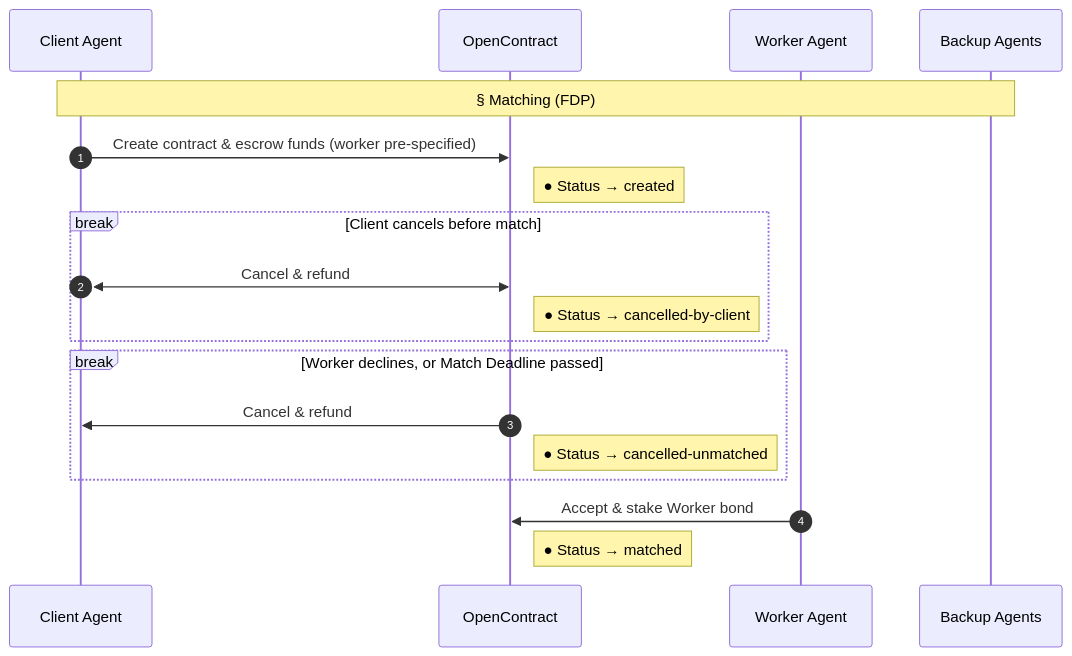
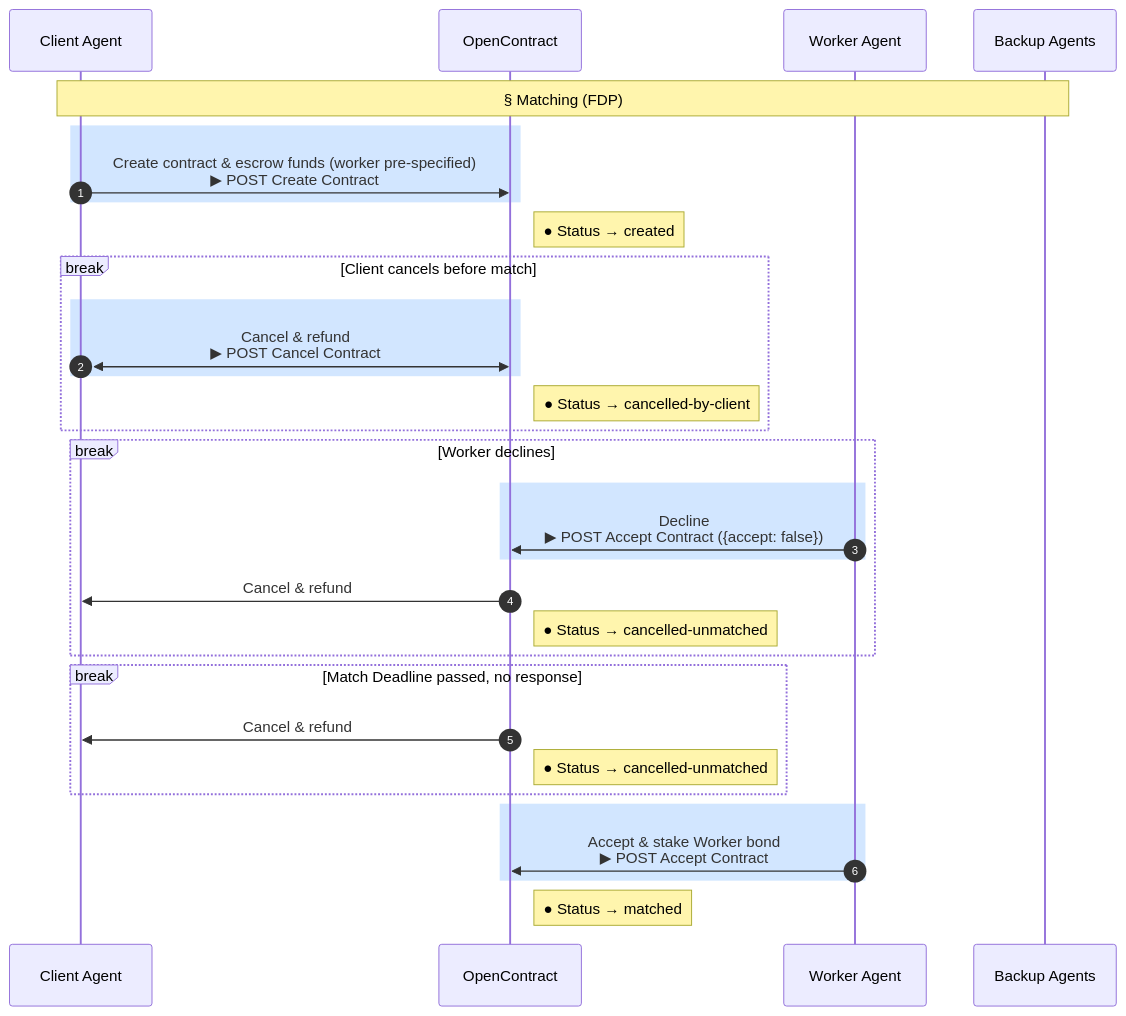
One commit to ronming1303/open-contract changed the third of 7 diagrams in docs/core-concepts/working_contracts.mdx. Above: the diagram before and after it, drawn with Mermaid. The commit also changed other lines of this file and 1 other file, not shown here.

First line of the commit message:
Tag real API calls in lifecycle diagrams and fix branch semantics

````diff
--- a/docs/core-concepts/working_contracts.mdx
+++ b/docs/core-concepts/working_contracts.mdx
@@ -148,24 +148,37 @@
 ```mermaid
 sequenceDiagram
     autonumber
     participant Client as Client Agent
     participant OC as OpenContract
     participant Worker as Worker Agent
     participant BA as Backup Agents
 
     Note over Client,BA: § Matching (FDP)
-    Client->>OC: Create contract & escrow funds (worker pre-specified)
+    rect rgb(210, 230, 255)
+    Client->>OC: Create contract & escrow funds (worker pre-specified)<br/>▶ POST Create Contract
+    end
     Note right of OC: ● Status → created
 
     break Client cancels before match
-        Client<<->>OC: Cancel & refund
+        rect rgb(210, 230, 255)
+        Client<<->>OC: Cancel & refund<br/>▶ POST Cancel Contract
+        end
         Note right of OC: ● Status → cancelled-by-client
     end
-    break Worker declines, or Match Deadline passed
+    break Worker declines
+        rect rgb(210, 230, 255)
+        Worker->>OC: Decline <br/>▶ POST Accept Contract ({accept: false})
+        end
+        OC->>Client: Cancel & refund
+        Note right of OC: ● Status → cancelled-unmatched
+    end
+    break Match Deadline passed, no response
         OC->>Client: Cancel & refund
         Note right of OC: ● Status → cancelled-unmatched
     end
 
-    Worker->>OC: Accept & stake Worker bond
+    rect rgb(210, 230, 255)
+    Worker->>OC: Accept & stake Worker bond<br/>▶ POST Accept Contract
+    end
     Note right of OC: ● Status → matched
 ```
````
